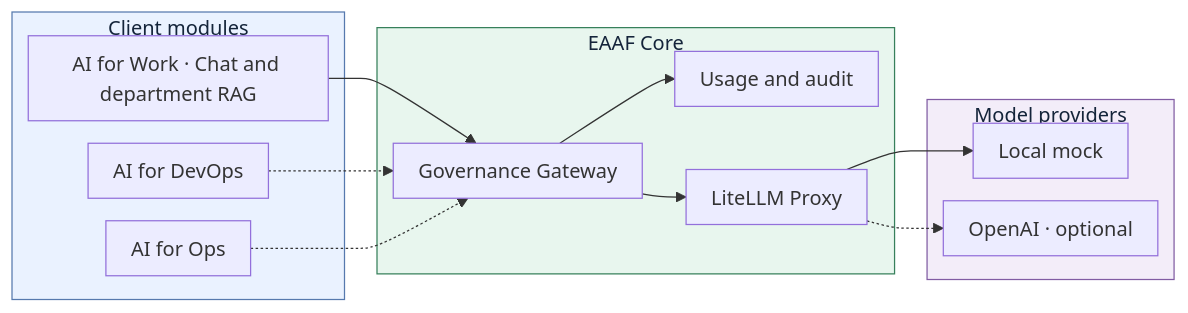
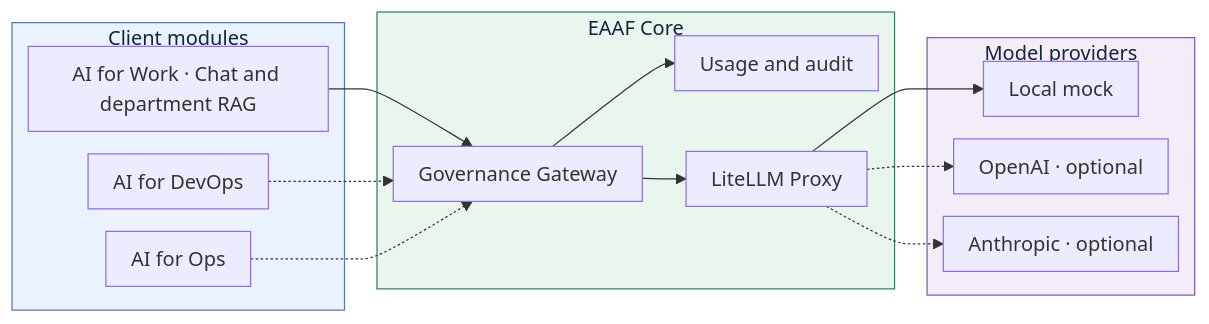
One commit to tandrian06/eaaf changed the diagram in README.md. Above: the diagram before and after it, drawn with Mermaid. The commit also changed other lines of this file and 12 other files, not shown here.

````diff
--- a/README.md
+++ b/README.md
@@ -21,38 +21,40 @@
 ```mermaid
 ---
 config:
   flowchart:
     nodeSpacing: 18
     rankSpacing: 26
     padding: 10
 ---
 flowchart LR
     subgraph Clients["Client modules"]
         Work["AI for Work · Chat and department RAG"]
         DevOps["AI for DevOps"]
         Ops["AI for Ops"]
     end
 
     subgraph Core["EAAF Core"]
         Gateway["Governance Gateway"]
         Audit["Usage and audit"]
         Router["LiteLLM Proxy"]
         Gateway --> Audit
         Gateway --> Router
     end
 
     subgraph Providers["Model providers"]
         Mock["Local mock"]
         OpenAI["OpenAI · optional"]
+        Anthropic["Anthropic · optional"]
     end
 
     Work --> Gateway
     DevOps -.-> Gateway
     Ops -.-> Gateway
     Router --> Mock
     Router -.-> OpenAI
+    Router -.-> Anthropic
 
     style Clients fill:#eaf2ff,stroke:#5679ae,color:#14243a
     style Core fill:#e8f6ee,stroke:#37805b,color:#14243a
     style Providers fill:#f3edf9,stroke:#815ca3,color:#14243a
 ```
````
